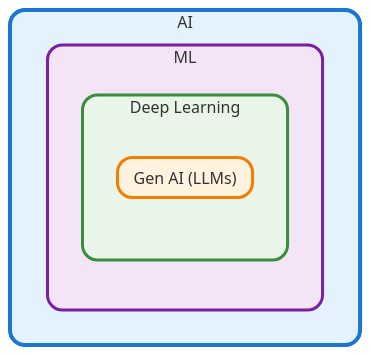
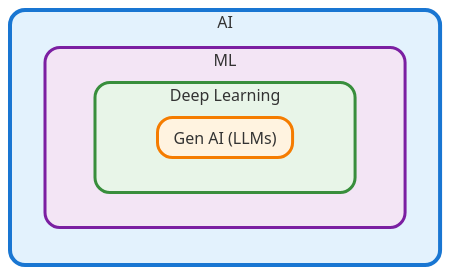
The diagram in 010-overview-of-ai-and-ml.md (skolaric/book-ai-and-machine-learning-a-quick-start-guide), drawn with Mermaid before and after one commit.

````diff
--- a/010-overview-of-ai-and-ml.md
+++ b/010-overview-of-ai-and-ml.md
@@ -4,22 +4,22 @@
 ```mermaid
-graph TB
+graph LR
     subgraph AI ["AI"]
         subgraph ML ["ML"]
             subgraph DL ["Deep Learning"]
                 subgraph GenAI ["Gen AI (LLMs)"]
                 end
             end
         end
     end
     
     %% Styling
     classDef level1 fill:#e3f2fd,stroke:#1976d2,stroke-width:4px,rx:15,ry:15
     classDef level2 fill:#f3e5f5,stroke:#7b1fa2,stroke-width:3px,rx:15,ry:15
     classDef level3 fill:#e8f5e8,stroke:#388e3c,stroke-width:3px,rx:15,ry:15
     classDef level4 fill:#fff3e0,stroke:#f57c00,stroke-width:3px,rx:15,ry:15
     
     class AI level1
     class ML level2
     class DL level3
     class GenAI level4
 ```
````
